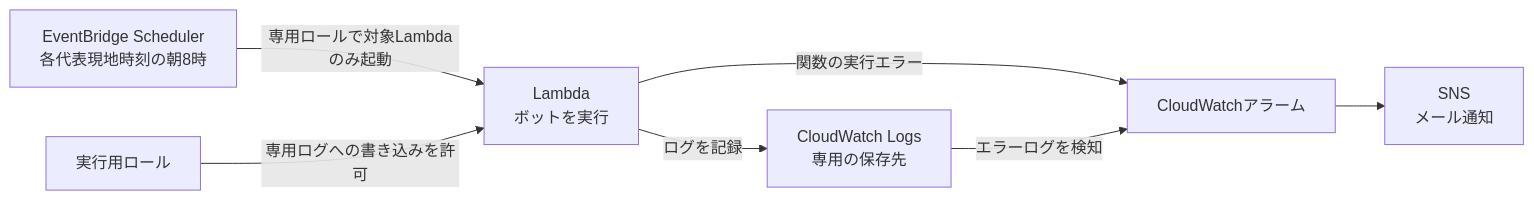
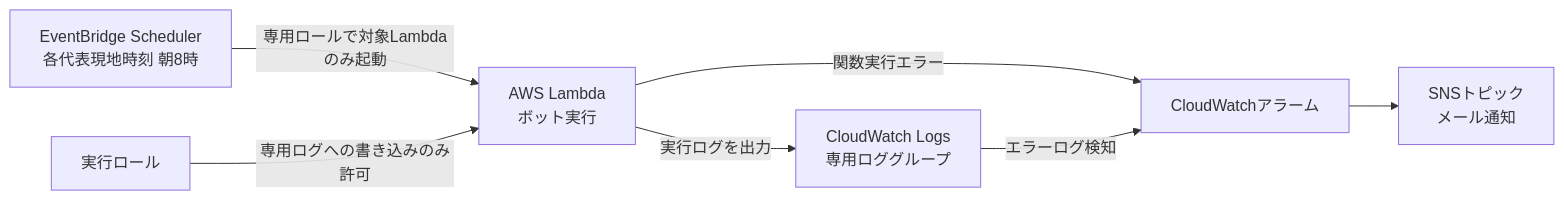
Before and after one commit to shin4488/MlbBot: the second of 2 diagrams in infra/README.md, drawn with Mermaid. The commit also changed other lines of this file and 2 other files, not shown here.

````diff
--- a/infra/README.md
+++ b/infra/README.md
@@ -47,9 +46,9 @@
 ```mermaid
 flowchart LR
-    E["EventBridge Scheduler<br>各代表現地時刻の朝8時"] -->|専用ロールで対象Lambdaのみ起動| L["Lambda<br>ボットを実行"]
-    R["実行用ロール"] -->|専用ログへの書き込みを許可| L
-    L -->|ログを記録| G["CloudWatch Logs<br>専用の保存先"]
-    L -->|関数の実行エラー| A["CloudWatchアラーム"]
-    G -->|エラーログを検知| A
-    A --> S["SNS<br>メール通知"]
+    E["EventBridge Scheduler<br>各代表現地時刻 朝8時"] -->|専用ロールで対象Lambdaのみ起動| L["AWS Lambda<br>ボット実行"]
+    R["実行ロール"] -->|専用ログへの書き込みのみ許可| L
+    L -->|実行ログを出力| G["CloudWatch Logs<br>専用ロググループ"]
+    L -->|関数実行エラー| A["CloudWatchアラーム"]
+    G -->|エラーログ検知| A
+    A --> S["SNSトピック<br>メール通知"]
 ```
````
